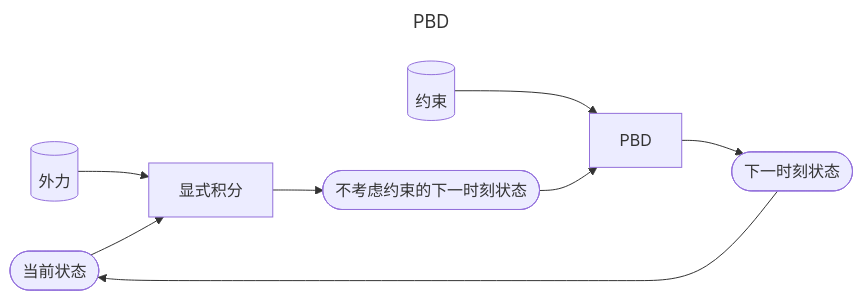
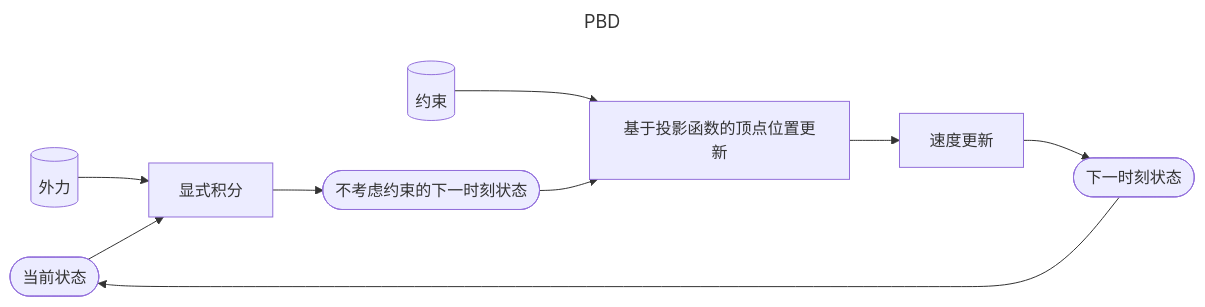
Before and after one commit to CaterpillarStudyGroup/GAMES103_mdbook: the diagram in src/Elastic/PBD.md, drawn with Mermaid. The commit also changed other lines of this file and 4 other files, not shown here.

````diff
--- a/src/Elastic/PBD.md
+++ b/src/Elastic/PBD.md
@@ -3,14 +6,14 @@
 ```mermaid
 ---
 title: PBD
 ---
 flowchart LR
     Current(["当前状态"]) 
     Constrain[("约束")]
     Outter[("外力")]
     NextWoConstrain(["不考虑约束的下一时刻状态"]) 
     Next(["下一时刻状态"])
 
     Outter & Current --> 显式积分 --> NextWoConstrain
-    Constrain & NextWoConstrain --> PBD --> Next --> Current
+    Constrain & NextWoConstrain --> 基于投影函数的顶点位置更新 --> 速度更新-->Next --> Current
 ```
````
